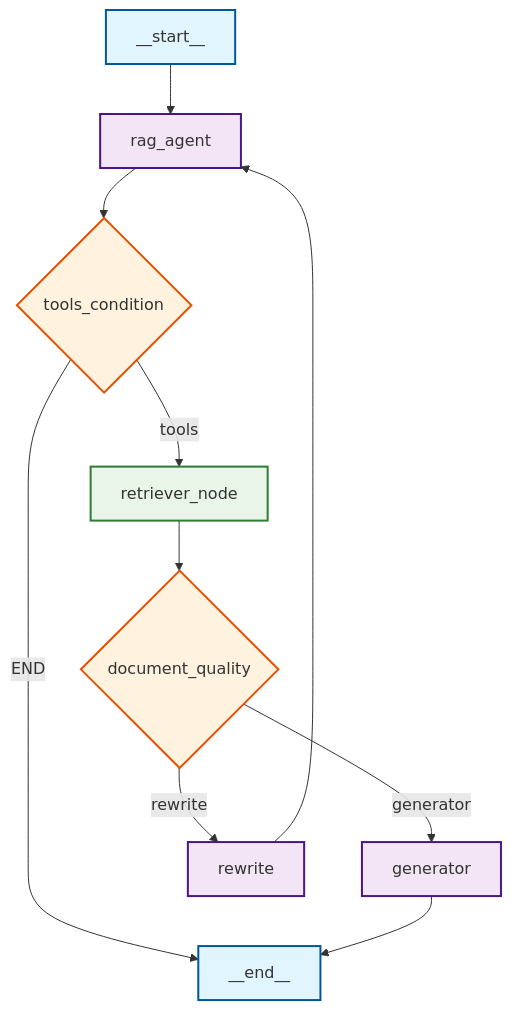
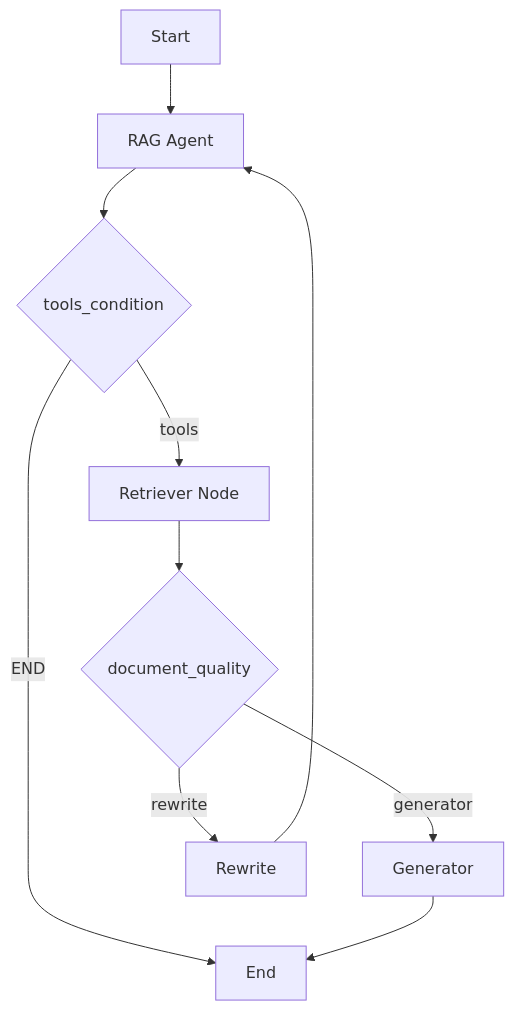
One commit to unikill066/agentic-rag changed the diagram in README.md. Above: the diagram before and after it, drawn with Mermaid.

````diff
--- a/README.md
+++ b/README.md
@@ -10,23 +17,12 @@
 ```mermaid
-flowchart TD
-    A[__start__] --> B[rag_agent]
+graph TD
+    A[Start] --> B[RAG Agent]
     B --> C{tools_condition}
-    C -->|tools| D[retriever_node]
-    C -->|END| E[__end__]
+    C -->|tools| D[Retriever Node]
+    C -->|END| E[End]
     D --> F{document_quality}
-    F -->|generator| G[generator]
-    F -->|rewrite| H[rewrite]
+    F -->|generator| G[Generator]
+    F -->|rewrite| H[Rewrite]
     G --> E
     H --> B
-    
-    %% Styling
-    classDef startEnd fill:#e1f5fe,stroke:#01579b,stroke-width:2px
-    classDef agent fill:#f3e5f5,stroke:#4a148c,stroke-width:2px
-    classDef decision fill:#fff3e0,stroke:#e65100,stroke-width:2px
-    classDef tool fill:#e8f5e8,stroke:#2e7d32,stroke-width:2px
-    
-    class A,E startEnd
-    class B,G,H agent
-    class C,F decision
-    class D tool
 ```
````
